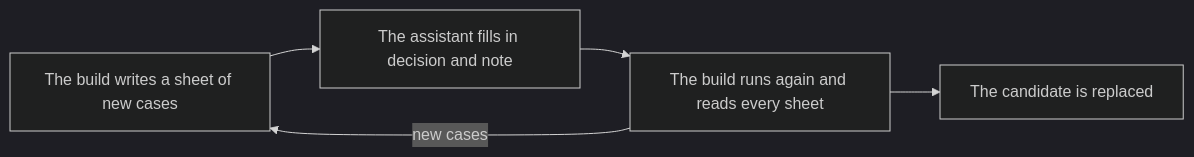
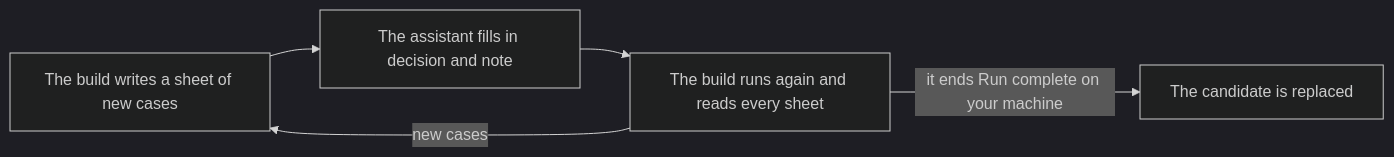
The diagram in curator/run-a-review-round.md (unifr-ecopub/handbook), drawn with Mermaid (dark theme) before and after one commit. The commit also changed other lines of this file and 12 other files, not shown here.

````diff
--- a/curator/run-a-review-round.md
+++ b/curator/run-a-review-round.md
@@ -5,7 +5,7 @@
 ```mermaid
 flowchart LR
   A["The build writes a sheet of new cases"] --> B["The assistant fills in decision and note"]
   B --> C["The build runs again and reads every sheet"]
-  C --> D["The candidate is replaced"]
+  C -->|"it ends Run complete on your machine"| D["The candidate is replaced"]
   C -->|"new cases"| A
 ```
````
